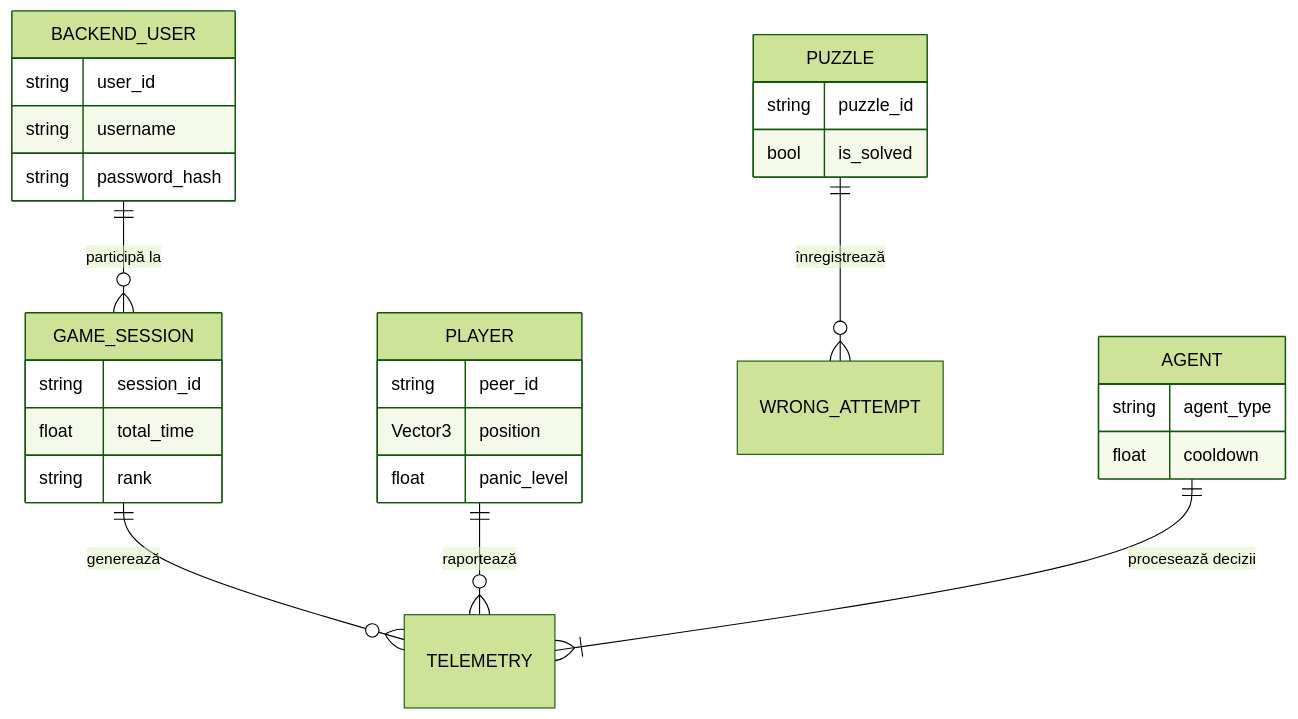
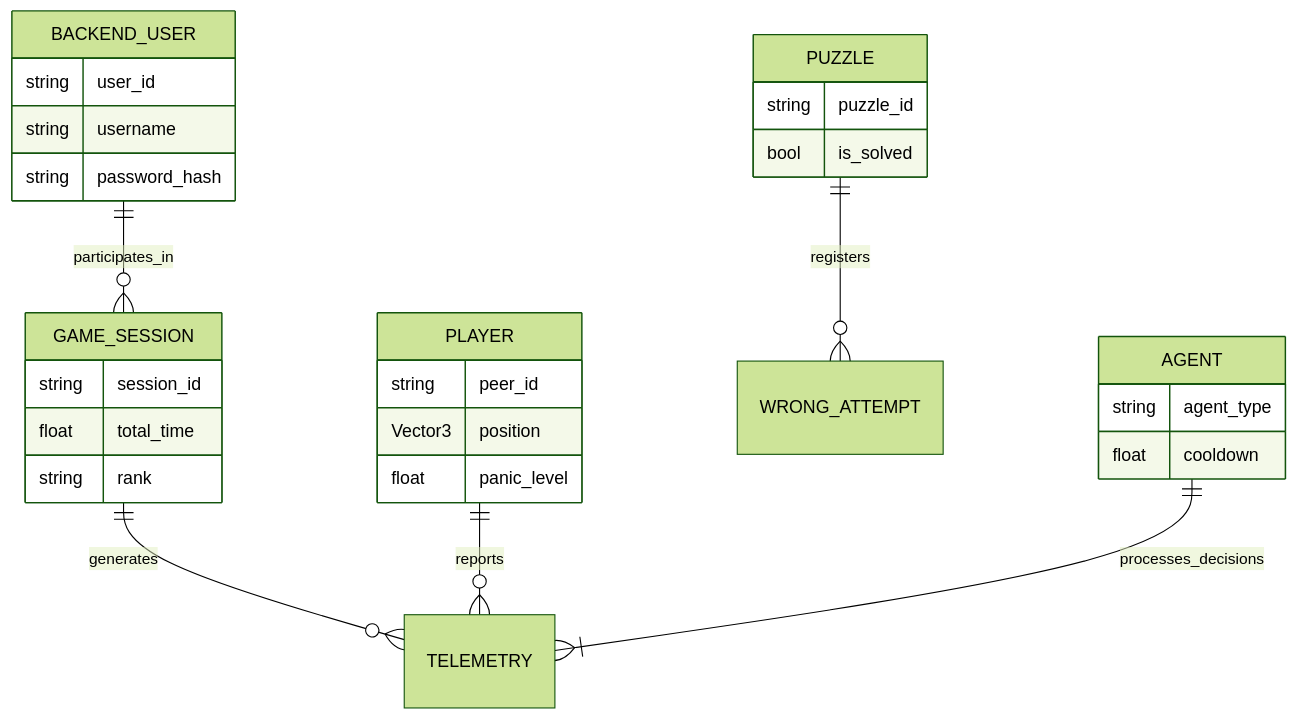
Before and after one commit to neica200/Echo-Chamber-Coop: the ninth of 10 diagrams in diagrame_arhitectura.md, drawn with Mermaid (forest theme). The commit also changed other lines of this file, not shown here.

Commit message:
update diagrams

````diff
--- a/diagrame_arhitectura.md
+++ b/diagrame_arhitectura.md
@@ -221,35 +256,35 @@
 ```mermaid
 erDiagram
-    BACKEND_USER ||--o{ GAME_SESSION : "participă la"
+    BACKEND_USER ||--o{ GAME_SESSION : participates_in
     BACKEND_USER {
         string user_id
         string username
         string password_hash
     }
     
-    GAME_SESSION ||--o{ TELEMETRY : "generează"
+    GAME_SESSION ||--o{ TELEMETRY : generates
     GAME_SESSION {
         string session_id
         float total_time
         string rank
     }
     
-    PLAYER ||--o{ TELEMETRY : "raportează"
+    PLAYER ||--o{ TELEMETRY : reports
     PLAYER {
         string peer_id
         Vector3 position
         float panic_level
     }
     
-    PUZZLE ||--o{ WRONG_ATTEMPT : "înregistrează"
+    PUZZLE ||--o{ WRONG_ATTEMPT : registers
     PUZZLE {
         string puzzle_id
         bool is_solved
     }
     
-    AGENT ||--|{ TELEMETRY : "procesează decizii"
+    AGENT ||--|{ TELEMETRY : processes_decisions
     AGENT {
         string agent_type
         float cooldown
     }
 ```
````
